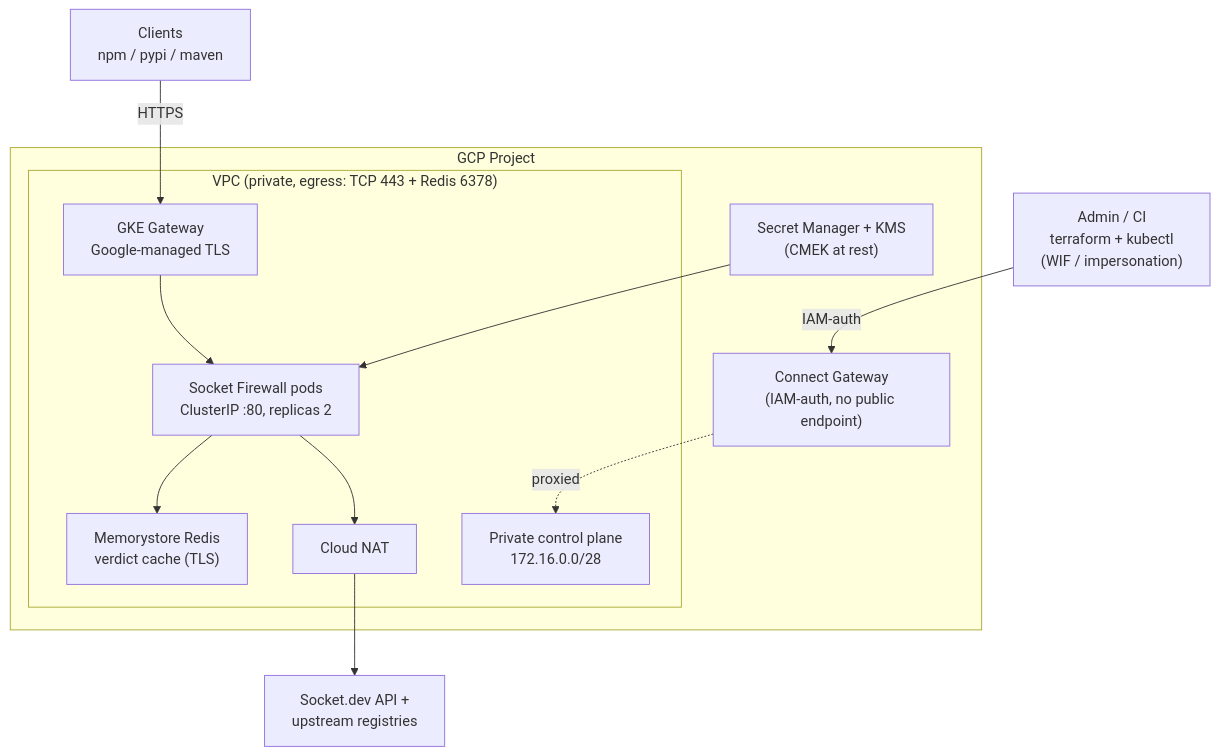
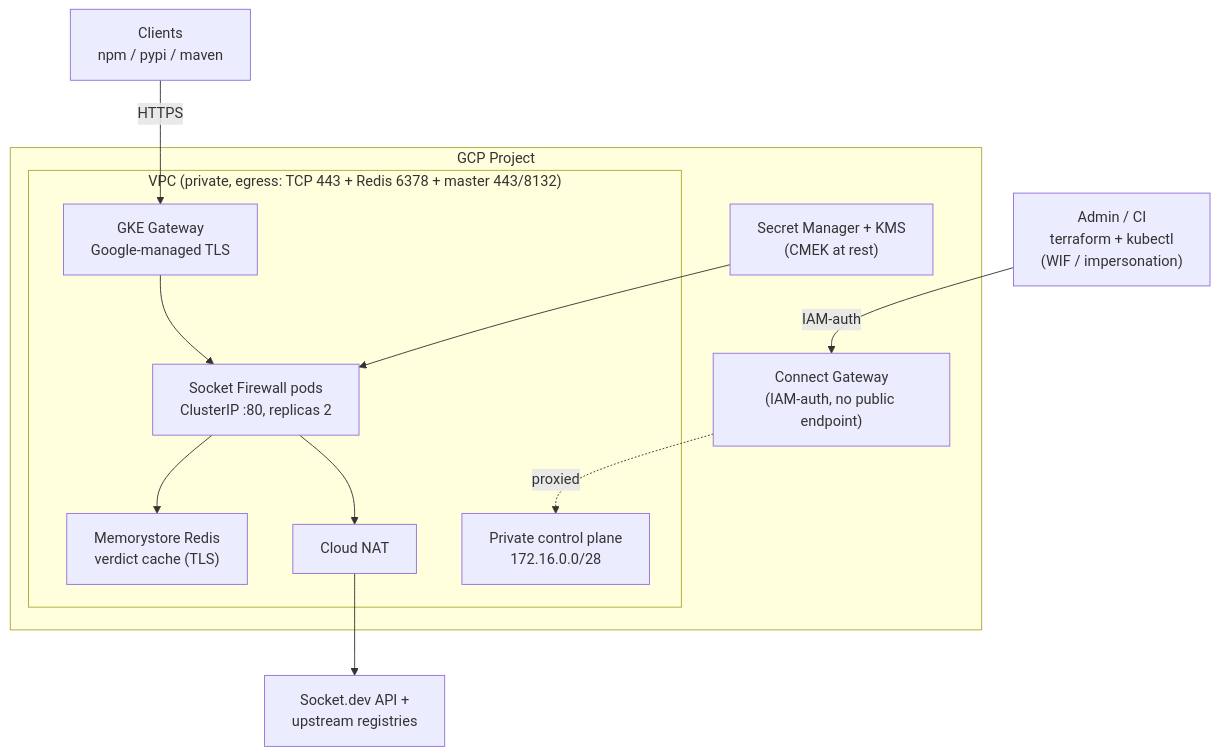
One commit to getsentry/security-socket-firewall changed the first of 3 diagrams in README.md. Above: the diagram before and after it, drawn with Mermaid. The commit also changed other lines of this file and 3 other files, not shown here.

````diff
--- a/README.md
+++ b/README.md
@@ -13,29 +13,29 @@
 ```mermaid
 flowchart TB
     ADMIN["Admin / CI<br/>terraform + kubectl<br/>(WIF / impersonation)"]
     CLIENTS["Clients<br/>npm / pypi / maven"]
     UPSTREAM["Socket.dev API +<br/>upstream registries"]
 
     subgraph GCP["GCP Project"]
         CGW["Connect Gateway<br/>(IAM-auth, no public endpoint)"]
 
-        subgraph VPC["VPC (private, egress: TCP 443 + Redis 6378)"]
+        subgraph VPC["VPC (private, egress: TCP 443 + Redis 6378 + master 443/8132)"]
             GW["GKE Gateway<br/>Google-managed TLS"]
             PODS["Socket Firewall pods<br/>ClusterIP :80, replicas 2"]
             REDIS["Memorystore Redis<br/>verdict cache (TLS)"]
             CP["Private control plane<br/>172.16.0.0/28"]
             NAT["Cloud NAT"]
         end
 
         SECRETS["Secret Manager + KMS<br/>(CMEK at rest)"]
     end
 
     ADMIN -->|IAM-auth| CGW
     CGW -.->|proxied| CP
     CLIENTS -->|HTTPS| GW
     GW --> PODS
     PODS --> REDIS
     PODS --> NAT
     NAT --> UPSTREAM
     SECRETS --> PODS
 ```
````
